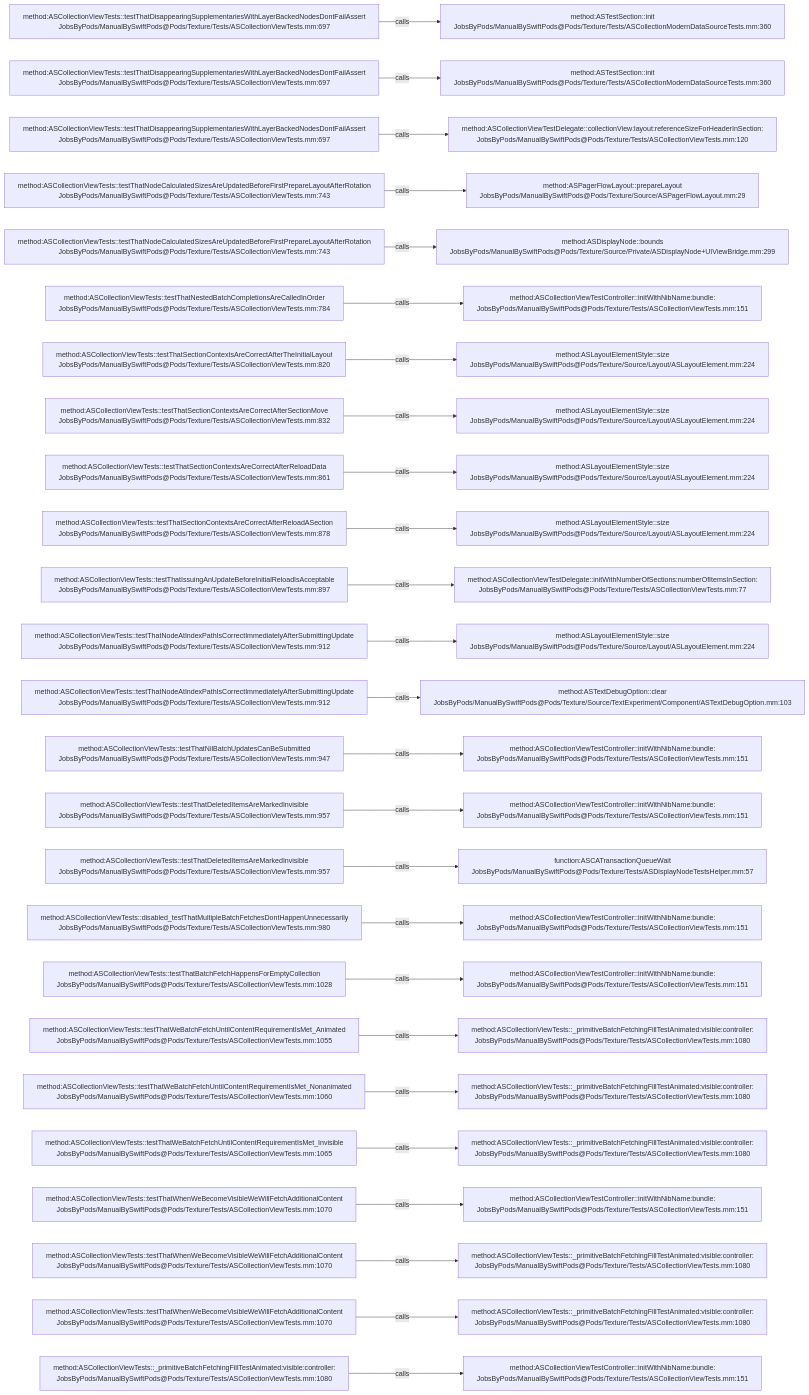
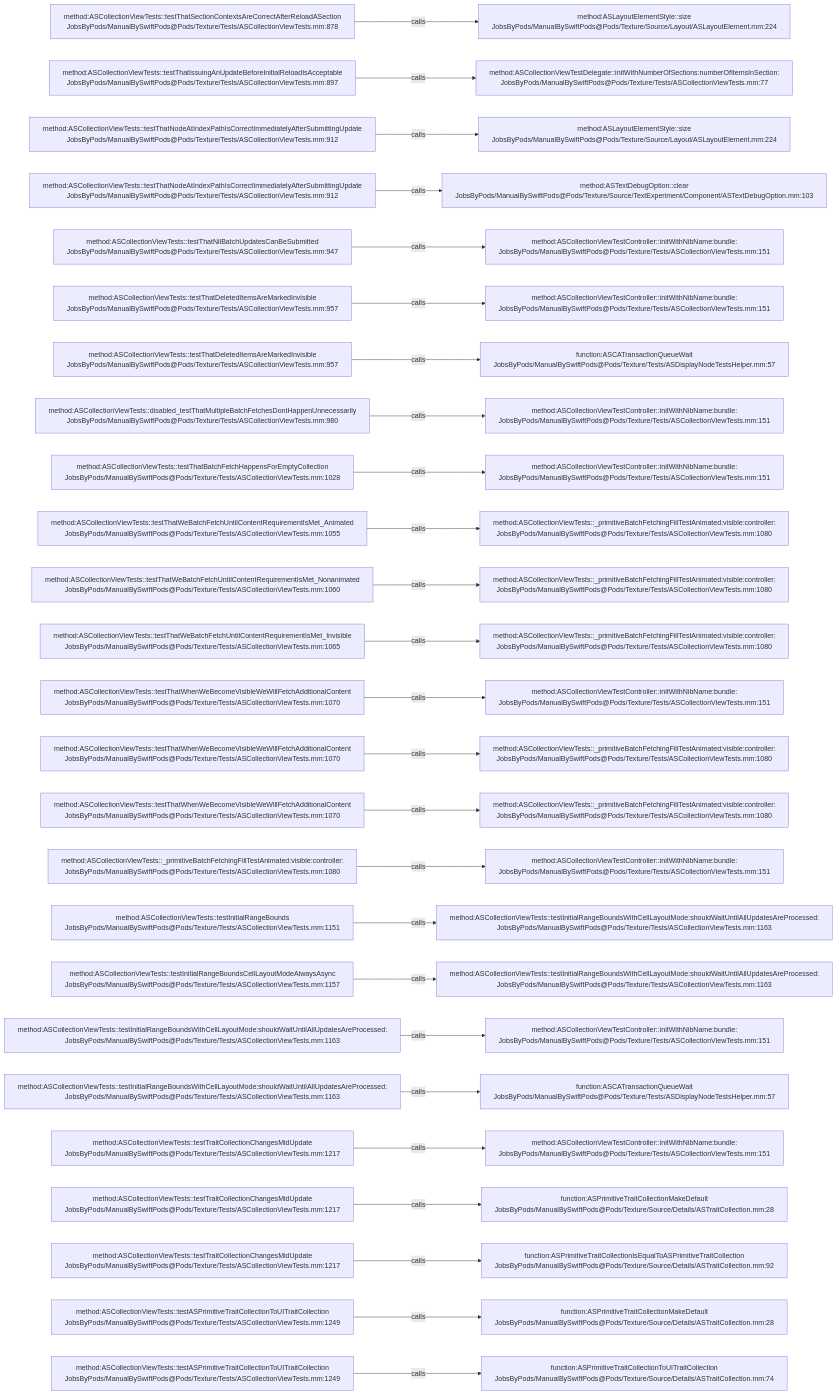
The diagram in .codegraph/codegraph.md/graphs/calls-173.md (JobsKits/JobsSwiftBaseConfigDemo), drawn with Mermaid before and after one commit. The commit also changed 707 other files, not shown here.

````diff
--- a/.codegraph/codegraph.md/graphs/calls-173.md
+++ b/.codegraph/codegraph.md/graphs/calls-173.md
@@ -13,78 +13,78 @@
 ```mermaid
 flowchart LR
-  S1["method:ASCollectionViewTests::testThatDisappearingSupplementariesWithLayerBackedNodesDontFailAssert<br/>JobsByPods/ManualBySwiftPods@Pods/Texture/Tests/ASCollectionViewTests.mm:697"]
-  T1["method:ASTestSection::init<br/>JobsByPods/ManualBySwiftPods@Pods/Texture/Tests/ASCollectionModernDataSourceTests.mm:360"]
+  S1["method:ASCollectionViewTests::testThatSectionContextsAreCorrectAfterReloadASection<br/>JobsByPods/ManualBySwiftPods@Pods/Texture/Tests/ASCollectionViewTests.mm:878"]
+  T1["method:ASLayoutElementStyle::size<br/>JobsByPods/ManualBySwiftPods@Pods/Texture/Source/Layout/ASLayoutElement.mm:224"]
   S1 -->|calls| T1
-  S2["method:ASCollectionViewTests::testThatDisappearingSupplementariesWithLayerBackedNodesDontFailAssert<br/>JobsByPods/ManualBySwiftPods@Pods/Texture/Tests/ASCollectionViewTests.mm:697"]
-  T2["method:ASTestSection::init<br/>JobsByPods/ManualBySwiftPods@Pods/Texture/Tests/ASCollectionModernDataSourceTests.mm:360"]
+  S2["method:ASCollectionViewTests::testThatIssuingAnUpdateBeforeInitialReloadIsAcceptable<br/>JobsByPods/ManualBySwiftPods@Pods/Texture/Tests/ASCollectionViewTests.mm:897"]
+  T2["method:ASCollectionViewTestDelegate::initWithNumberOfSections:numberOfItemsInSection:<br/>JobsByPods/ManualBySwiftPods@Pods/Texture/Tests/ASCollectionViewTests.mm:77"]
   S2 -->|calls| T2
-  S3["method:ASCollectionViewTests::testThatDisappearingSupplementariesWithLayerBackedNodesDontFailAssert<br/>JobsByPods/ManualBySwiftPods@Pods/Texture/Tests/ASCollectionViewTests.mm:697"]
-  T3["method:ASCollectionViewTestDelegate::collectionView:layout:referenceSizeForHeaderInSection:<br/>JobsByPods/ManualBySwiftPods@Pods/Texture/Tests/ASCollectionViewTests.mm:120"]
+  S3["method:ASCollectionViewTests::testThatNodeAtIndexPathIsCorrectImmediatelyAfterSubmittingUpdate<br/>JobsByPods/ManualBySwiftPods@Pods/Texture/Tests/ASCollectionViewTests.mm:912"]
+  T3["method:ASLayoutElementStyle::size<br/>JobsByPods/ManualBySwiftPods@Pods/Texture/Source/Layout/ASLayoutElement.mm:224"]
   S3 -->|calls| T3
-  S4["method:ASCollectionViewTests::testThatNodeCalculatedSizesAreUpdatedBeforeFirstPrepareLayoutAfterRotation<br/>JobsByPods/ManualBySwiftPods@Pods/Texture/Tests/ASCollectionViewTests.mm:743"]
-  T4["method:ASPagerFlowLayout::prepareLayout<br/>JobsByPods/ManualBySwiftPods@Pods/Texture/Source/ASPagerFlowLayout.mm:29"]
+  S4["method:ASCollectionViewTests::testThatNodeAtIndexPathIsCorrectImmediatelyAfterSubmittingUpdate<br/>JobsByPods/ManualBySwiftPods@Pods/Texture/Tests/ASCollectionViewTests.mm:912"]
+  T4["method:ASTextDebugOption::clear<br/>JobsByPods/ManualBySwiftPods@Pods/Texture/Source/TextExperiment/Component/ASTextDebugOption.mm:103"]
   S4 -->|calls| T4
-  S5["method:ASCollectionViewTests::testThatNodeCalculatedSizesAreUpdatedBeforeFirstPrepareLayoutAfterRotation<br/>JobsByPods/ManualBySwiftPods@Pods/Texture/Tests/ASCollectionViewTests.mm:743"]
-  T5["method:ASDisplayNode::bounds<br/>JobsByPods/ManualBySwiftPods@Pods/Texture/Source/Private/ASDisplayNode+UIViewBridge.mm:299"]
+  S5["method:ASCollectionViewTests::testThatNilBatchUpdatesCanBeSubmitted<br/>JobsByPods/ManualBySwiftPods@Pods/Texture/Tests/ASCollectionViewTests.mm:947"]
+  T5["method:ASCollectionViewTestController::initWithNibName:bundle:<br/>JobsByPods/ManualBySwiftPods@Pods/Texture/Tests/ASCollectionViewTests.mm:151"]
   S5 -->|calls| T5
-  S6["method:ASCollectionViewTests::testThatNestedBatchCompletionsAreCalledInOrder<br/>JobsByPods/ManualBySwiftPods@Pods/Texture/Tests/ASCollectionViewTests.mm:784"]
+  S6["method:ASCollectionViewTests::testThatDeletedItemsAreMarkedInvisible<br/>JobsByPods/ManualBySwiftPods@Pods/Texture/Tests/ASCollectionViewTests.mm:957"]
   T6["method:ASCollectionViewTestController::initWithNibName:bundle:<br/>JobsByPods/ManualBySwiftPods@Pods/Texture/Tests/ASCollectionViewTests.mm:151"]
   S6 -->|calls| T6
-  S7["method:ASCollectionViewTests::testThatSectionContextsAreCorrectAfterTheInitialLayout<br/>JobsByPods/ManualBySwiftPods@Pods/Texture/Tests/ASCollectionViewTests.mm:820"]
-  T7["method:ASLayoutElementStyle::size<br/>JobsByPods/ManualBySwiftPods@Pods/Texture/Source/Layout/ASLayoutElement.mm:224"]
+  S7["method:ASCollectionViewTests::testThatDeletedItemsAreMarkedInvisible<br/>JobsByPods/ManualBySwiftPods@Pods/Texture/Tests/ASCollectionViewTests.mm:957"]
+  T7["function:ASCATransactionQueueWait<br/>JobsByPods/ManualBySwiftPods@Pods/Texture/Tests/ASDisplayNodeTestsHelper.mm:57"]
   S7 -->|calls| T7
-  S8["method:ASCollectionViewTests::testThatSectionContextsAreCorrectAfterSectionMove<br/>JobsByPods/ManualBySwiftPods@Pods/Texture/Tests/ASCollectionViewTests.mm:832"]
-  T8["method:ASLayoutElementStyle::size<br/>JobsByPods/ManualBySwiftPods@Pods/Texture/Source/Layout/ASLayoutElement.mm:224"]
+  S8["method:ASCollectionViewTests::disabled_testThatMultipleBatchFetchesDontHappenUnnecessarily<br/>JobsByPods/ManualBySwiftPods@Pods/Texture/Tests/ASCollectionViewTests.mm:980"]
+  T8["method:ASCollectionViewTestController::initWithNibName:bundle:<br/>JobsByPods/ManualBySwiftPods@Pods/Texture/Tests/ASCollectionViewTests.mm:151"]
   S8 -->|calls| T8
-  S9["method:ASCollectionViewTests::testThatSectionContextsAreCorrectAfterReloadData<br/>JobsByPods/ManualBySwiftPods@Pods/Texture/Tests/ASCollectionViewTests.mm:861"]
-  T9["method:ASLayoutElementStyle::size<br/>JobsByPods/ManualBySwiftPods@Pods/Texture/Source/Layout/ASLayoutElement.mm:224"]
+  S9["method:ASCollectionViewTests::testThatBatchFetchHappensForEmptyCollection<br/>JobsByPods/ManualBySwiftPods@Pods/Texture/Tests/ASCollectionViewTests.mm:1028"]
+  T9["method:ASCollectionViewTestController::initWithNibName:bundle:<br/>JobsByPods/ManualBySwiftPods@Pods/Texture/Tests/ASCollectionViewTests.mm:151"]
   S9 -->|calls| T9
-  S10["method:ASCollectionViewTests::testThatSectionContextsAreCorrectAfterReloadASection<br/>JobsByPods/ManualBySwiftPods@Pods/Texture/Tests/ASCollectionViewTests.mm:878"]
-  T10["method:ASLayoutElementStyle::size<br/>JobsByPods/ManualBySwiftPods@Pods/Texture/Source/Layout/ASLayoutElement.mm:224"]
+  S10["method:ASCollectionViewTests::testThatWeBatchFetchUntilContentRequirementIsMet_Animated<br/>JobsByPods/ManualBySwiftPods@Pods/Texture/Tests/ASCollectionViewTests.mm:1055"]
+  T10["method:ASCollectionViewTests::_primitiveBatchFetchingFillTestAnimated:visible:controller:<br/>JobsByPods/ManualBySwiftPods@Pods/Texture/Tests/ASCollectionViewTests.mm:1080"]
   S10 -->|calls| T10
-  S11["method:ASCollectionViewTests::testThatIssuingAnUpdateBeforeInitialReloadIsAcceptable<br/>JobsByPods/ManualBySwiftPods@Pods/Texture/Tests/ASCollectionViewTests.mm:897"]
-  T11["method:ASCollectionViewTestDelegate::initWithNumberOfSections:numberOfItemsInSection:<br/>JobsByPods/ManualBySwiftPods@Pods/Texture/Tests/ASCollectionViewTests.mm:77"]
+  S11["method:ASCollectionViewTests::testThatWeBatchFetchUntilContentRequirementIsMet_Nonanimated<br/>JobsByPods/ManualBySwiftPods@Pods/Texture/Tests/ASCollectionViewTests.mm:1060"]
+  T11["method:ASCollectionViewTests::_primitiveBatchFetchingFillTestAnimated:visible:controller:<br/>JobsByPods/ManualBySwiftPods@Pods/Texture/Tests/ASCollectionViewTests.mm:1080"]
   S11 -->|calls| T11
-  S12["method:ASCollectionViewTests::testThatNodeAtIndexPathIsCorrectImmediatelyAfterSubmittingUpdate<br/>JobsByPods/ManualBySwiftPods@Pods/Texture/Tests/ASCollectionViewTests.mm:912"]
-  T12["method:ASLayoutElementStyle::size<br/>JobsByPods/ManualBySwiftPods@Pods/Texture/Source/Layout/ASLayoutElement.mm:224"]
+  S12["method:ASCollectionViewTests::testThatWeBatchFetchUntilContentRequirementIsMet_Invisible<br/>JobsByPods/ManualBySwiftPods@Pods/Texture/Tests/ASCollectionViewTests.mm:1065"]
+  T12["method:ASCollectionViewTests::_primitiveBatchFetchingFillTestAnimated:visible:controller:<br/>JobsByPods/ManualBySwiftPods@Pods/Texture/Tests/ASCollectionViewTests.mm:1080"]
   S12 -->|calls| T12
-  S13["method:ASCollectionViewTests::testThatNodeAtIndexPathIsCorrectImmediatelyAfterSubmittingUpdate<br/>JobsByPods/ManualBySwiftPods@Pods/Texture/Tests/ASCollectionViewTests.mm:912"]
-  T13["method:ASTextDebugOption::clear<br/>JobsByPods/ManualBySwiftPods@Pods/Texture/Source/TextExperiment/Component/ASTextDebugOption.mm:103"]
+  S13["method:ASCollectionViewTests::testThatWhenWeBecomeVisibleWeWillFetchAdditionalContent<br/>JobsByPods/ManualBySwiftPods@Pods/Texture/Tests/ASCollectionViewTests.mm:1070"]
+  T13["method:ASCollectionViewTestController::initWithNibName:bundle:<br/>JobsByPods/ManualBySwiftPods@Pods/Texture/Tests/ASCollectionViewTests.mm:151"]
   S13 -->|calls| T13
-  S14["method:ASCollectionViewTests::testThatNilBatchUpdatesCanBeSubmitted<br/>JobsByPods/ManualBySwiftPods@Pods/Texture/Tests/ASCollectionViewTests.mm:947"]
-  T14["method:ASCollectionViewTestController::initWithNibName:bundle:<br/>JobsByPods/ManualBySwiftPods@Pods/Texture/Tests/ASCollectionViewTests.mm:151"]
+  S14["method:ASCollectionViewTests::testThatWhenWeBecomeVisibleWeWillFetchAdditionalContent<br/>JobsByPods/ManualBySwiftPods@Pods/Texture/Tests/ASCollectionViewTests.mm:1070"]
+  T14["method:ASCollectionViewTests::_primitiveBatchFetchingFillTestAnimated:visible:controller:<br/>JobsByPods/ManualBySwiftPods@Pods/Texture/Tests/ASCollectionViewTests.mm:1080"]
   S14 -->|calls| T14
-  S15["method:ASCollectionViewTests::testThatDeletedItemsAreMarkedInvisible<br/>JobsByPods/ManualBySwiftPods@Pods/Texture/Tests/ASCollectionViewTests.mm:957"]
-  T15["method:ASCollectionViewTestController::initWithNibName:bundle:<br/>JobsByPods/ManualBySwiftPods@Pods/Texture/Tests/ASCollectionViewTests.mm:151"]
+  S15["method:ASCollectionViewTests::testThatWhenWeBecomeVisibleWeWillFetchAdditionalContent<br/>JobsByPods/ManualBySwiftPods@Pods/Texture/Tests/ASCollectionViewTests.mm:1070"]
+  T15["method:ASCollectionViewTests::_primitiveBatchFetchingFillTestAnimated:visible:controller:<br/>JobsByPods/ManualBySwiftPods@Pods/Texture/Tests/ASCollectionViewTests.mm:1080"]
   S15 -->|calls| T15
-  S16["method:ASCollectionViewTests::testThatDeletedItemsAreMarkedInvisible<br/>JobsByPods/ManualBySwiftPods@Pods/Texture/Tests/ASCollectionViewTests.mm:957"]
-  T16["function:ASCATransactionQueueWait<br/>JobsByPods/ManualBySwiftPods@Pods/Texture/Tests/ASDisplayNodeTestsHelper.mm:57"]
+  S16["method:ASCollectionViewTests::_primitiveBatchFetchingFillTestAnimated:visible:controller:<br/>JobsByPods/ManualBySwiftPods@Pods/Texture/Tests/ASCollectionViewTests.mm:1080"]
+  T16["method:ASCollectionViewTestController::initWithNibName:bundle:<br/>JobsByPods/ManualBySwiftPods@Pods/Texture/Tests/ASCollectionViewTests.mm:151"]
   S16 -->|calls| T16
-  S17["method:ASCollectionViewTests::disabled_testThatMultipleBatchFetchesDontHappenUnnecessarily<br/>JobsByPods/ManualBySwiftPods@Pods/Texture/Tests/ASCollectionViewTests.mm:980"]
-  T17["method:ASCollectionViewTestController::initWithNibName:bundle:<br/>JobsByPods/ManualBySwiftPods@Pods/Texture/Tests/ASCollectionViewTests.mm:151"]
+  S17["method:ASCollectionViewTests::testInitialRangeBounds<br/>JobsByPods/ManualBySwiftPods@Pods/Texture/Tests/ASCollectionViewTests.mm:1151"]
+  T17["method:ASCollectionViewTests::testInitialRangeBoundsWithCellLayoutMode:shouldWaitUntilAllUpdatesAreProcessed:<br/>JobsByPods/ManualBySwiftPods@Pods/Texture/Tests/ASCollectionViewTests.mm:1163"]
   S17 -->|calls| T17
-  S18["method:ASCollectionViewTests::testThatBatchFetchHappensForEmptyCollection<br/>JobsByPods/ManualBySwiftPods@Pods/Texture/Tests/ASCollectionViewTests.mm:1028"]
-  T18["method:ASCollectionViewTestController::initWithNibName:bundle:<br/>JobsByPods/ManualBySwiftPods@Pods/Texture/Tests/ASCollectionViewTests.mm:151"]
+  S18["method:ASCollectionViewTests::testInitialRangeBoundsCellLayoutModeAlwaysAsync<br/>JobsByPods/ManualBySwiftPods@Pods/Texture/Tests/ASCollectionViewTests.mm:1157"]
+  T18["method:ASCollectionViewTests::testInitialRangeBoundsWithCellLayoutMode:shouldWaitUntilAllUpdatesAreProcessed:<br/>JobsByPods/ManualBySwiftPods@Pods/Texture/Tests/ASCollectionViewTests.mm:1163"]
   S18 -->|calls| T18
-  S19["method:ASCollectionViewTests::testThatWeBatchFetchUntilContentRequirementIsMet_Animated<br/>JobsByPods/ManualBySwiftPods@Pods/Texture/Tests/ASCollectionViewTests.mm:1055"]
-  T19["method:ASCollectionViewTests::_primitiveBatchFetchingFillTestAnimated:visible:controller:<br/>JobsByPods/ManualBySwiftPods@Pods/Texture/Tests/ASCollectionViewTests.mm:1080"]
+  S19["method:ASCollectionViewTests::testInitialRangeBoundsWithCellLayoutMode:shouldWaitUntilAllUpdatesAreProcessed:<br/>JobsByPods/ManualBySwiftPods@Pods/Texture/Tests/ASCollectionViewTests.mm:1163"]
+  T19["method:ASCollectionViewTestController::initWithNibName:bundle:<br/>JobsByPods/ManualBySwiftPods@Pods/Texture/Tests/ASCollectionViewTests.mm:151"]
   S19 -->|calls| T19
-  S20["method:ASCollectionViewTests::testThatWeBatchFetchUntilContentRequirementIsMet_Nonanimated<br/>JobsByPods/ManualBySwiftPods@Pods/Texture/Tests/ASCollectionViewTests.mm:1060"]
-  T20["method:ASCollectionViewTests::_primitiveBatchFetchingFillTestAnimated:visible:controller:<br/>JobsByPods/ManualBySwiftPods@Pods/Texture/Tests/ASCollectionViewTests.mm:1080"]
+  S20["method:ASCollectionViewTests::testInitialRangeBoundsWithCellLayoutMode:shouldWaitUntilAllUpdatesAreProcessed:<br/>JobsByPods/ManualBySwiftPods@Pods/Texture/Tests/ASCollectionViewTests.mm:1163"]
+  T20["function:ASCATransactionQueueWait<br/>JobsByPods/ManualBySwiftPods@Pods/Texture/Tests/ASDisplayNodeTestsHelper.mm:57"]
   S20 -->|calls| T20
-  S21["method:ASCollectionViewTests::testThatWeBatchFetchUntilContentRequirementIsMet_Invisible<br/>JobsByPods/ManualBySwiftPods@Pods/Texture/Tests/ASCollectionViewTests.mm:1065"]
-  T21["method:ASCollectionViewTests::_primitiveBatchFetchingFillTestAnimated:visible:controller:<br/>JobsByPods/ManualBySwiftPods@Pods/Texture/Tests/ASCollectionViewTests.mm:1080"]
+  S21["method:ASCollectionViewTests::testTraitCollectionChangesMidUpdate<br/>JobsByPods/ManualBySwiftPods@Pods/Texture/Tests/ASCollectionViewTests.mm:1217"]
+  T21["method:ASCollectionViewTestController::initWithNibName:bundle:<br/>JobsByPods/ManualBySwiftPods@Pods/Texture/Tests/ASCollectionViewTests.mm:151"]
   S21 -->|calls| T21
-  S22["method:ASCollectionViewTests::testThatWhenWeBecomeVisibleWeWillFetchAdditionalContent<br/>JobsByPods/ManualBySwiftPods@Pods/Texture/Tests/ASCollectionViewTests.mm:1070"]
-  T22["method:ASCollectionViewTestController::initWithNibName:bundle:<br/>JobsByPods/ManualBySwiftPods@Pods/Texture/Tests/ASCollectionViewTests.mm:151"]
+  S22["method:ASCollectionViewTests::testTraitCollectionChangesMidUpdate<br/>JobsByPods/ManualBySwiftPods@Pods/Texture/Tests/ASCollectionViewTests.mm:1217"]
+  T22["function:ASPrimitiveTraitCollectionMakeDefault<br/>JobsByPods/ManualBySwiftPods@Pods/Texture/Source/Details/ASTraitCollection.mm:28"]
   S22 -->|calls| T22
-  S23["method:ASCollectionViewTests::testThatWhenWeBecomeVisibleWeWillFetchAdditionalContent<br/>JobsByPods/ManualBySwiftPods@Pods/Texture/Tests/ASCollectionViewTests.mm:1070"]
-  T23["method:ASCollectionViewTests::_primitiveBatchFetchingFillTestAnimated:visible:controller:<br/>JobsByPods/ManualBySwiftPods@Pods/Texture/Tests/ASCollectionViewTests.mm:1080"]
+  S23["method:ASCollectionViewTests::testTraitCollectionChangesMidUpdate<br/>JobsByPods/ManualBySwiftPods@Pods/Texture/Tests/ASCollectionViewTests.mm:1217"]
+  T23["function:ASPrimitiveTraitCollectionIsEqualToASPrimitiveTraitCollection<br/>JobsByPods/ManualBySwiftPods@Pods/Texture/Source/Details/ASTraitCollection.mm:92"]
   S23 -->|calls| T23
-  S24["method:ASCollectionViewTests::testThatWhenWeBecomeVisibleWeWillFetchAdditionalContent<br/>JobsByPods/ManualBySwiftPods@Pods/Texture/Tests/ASCollectionViewTests.mm:1070"]
-  T24["method:ASCollectionViewTests::_primitiveBatchFetchingFillTestAnimated:visible:controller:<br/>JobsByPods/ManualBySwiftPods@Pods/Texture/Tests/ASCollectionViewTests.mm:1080"]
+  S24["method:ASCollectionViewTests::testASPrimitiveTraitCollectionToUITraitCollection<br/>JobsByPods/ManualBySwiftPods@Pods/Texture/Tests/ASCollectionViewTests.mm:1249"]
+  T24["function:ASPrimitiveTraitCollectionMakeDefault<br/>JobsByPods/ManualBySwiftPods@Pods/Texture/Source/Details/ASTraitCollection.mm:28"]
   S24 -->|calls| T24
-  S25["method:ASCollectionViewTests::_primitiveBatchFetchingFillTestAnimated:visible:controller:<br/>JobsByPods/ManualBySwiftPods@Pods/Texture/Tests/ASCollectionViewTests.mm:1080"]
-  T25["method:ASCollectionViewTestController::initWithNibName:bundle:<br/>JobsByPods/ManualBySwiftPods@Pods/Texture/Tests/ASCollectionViewTests.mm:151"]
+  S25["method:ASCollectionViewTests::testASPrimitiveTraitCollectionToUITraitCollection<br/>JobsByPods/ManualBySwiftPods@Pods/Texture/Tests/ASCollectionViewTests.mm:1249"]
+  T25["function:ASPrimitiveTraitCollectionToUITraitCollection<br/>JobsByPods/ManualBySwiftPods@Pods/Texture/Source/Details/ASTraitCollection.mm:74"]
   S25 -->|calls| T25
 ```
````
